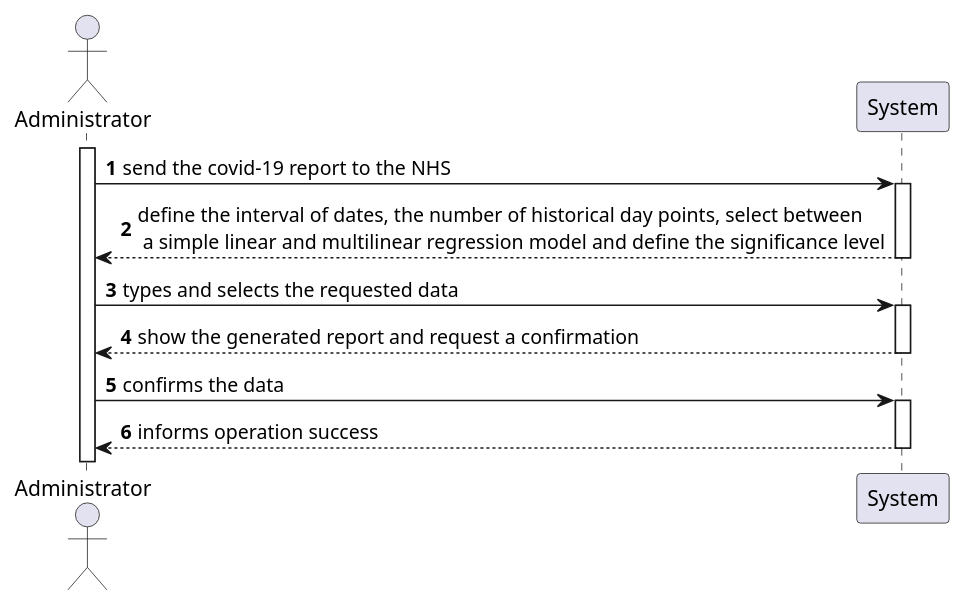
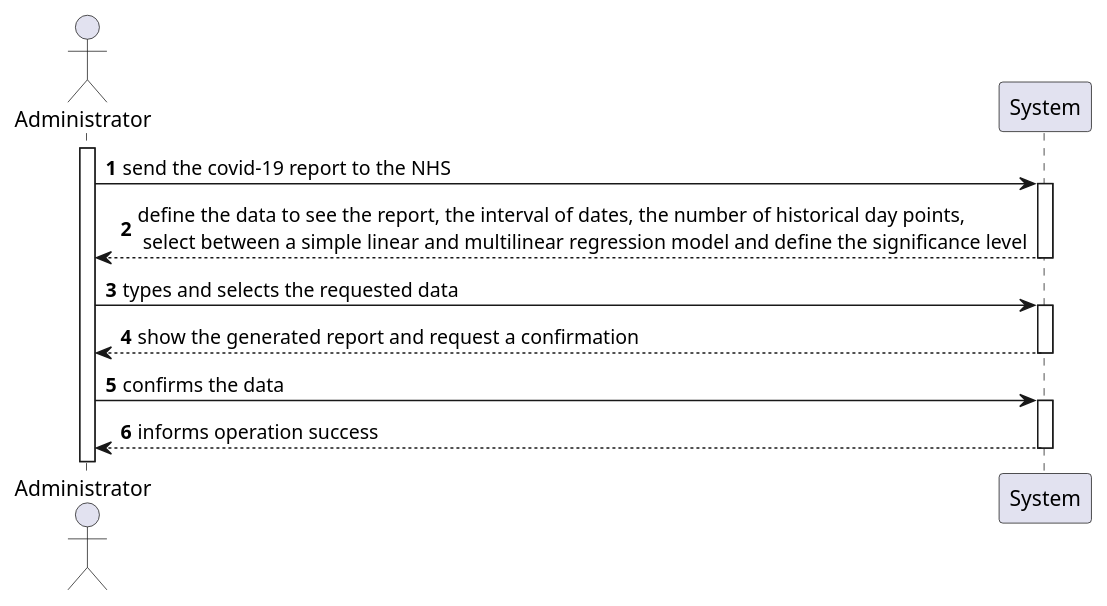
The diagram in docs/SprintD/US18/US18-SSD.puml (0franciscor/lei-21-s2-1de-g19), drawn with PlantUML before and after one commit. The commit also changed 2 other files, not shown here.

```diff
--- a/docs/SprintD/US18/US18-SSD.puml
+++ b/docs/SprintD/US18/US18-SSD.puml
@@ -1,15 +1,15 @@
 @startuml
 'https://plantuml.com/sequence-diagram
 
 autonumber
 
 actor "Administrator" as A
 activate A
 A -> System ++: send the covid-19 report to the NHS
-System -->  A --: define the interval of dates, the number of historical day points, select between \n a simple linear and multilinear regression model and define the significance level
+System -->  A --: define the data to see the report, the interval of dates, the number of historical day points, \n select between a simple linear and multilinear regression model and define the significance level
 A -> System ++: types and selects the requested data
 System -->  A --: show the generated report and request a confirmation
 A -> System ++: confirms the data
 System --> A --: informs operation success
 
 @enduml
```
